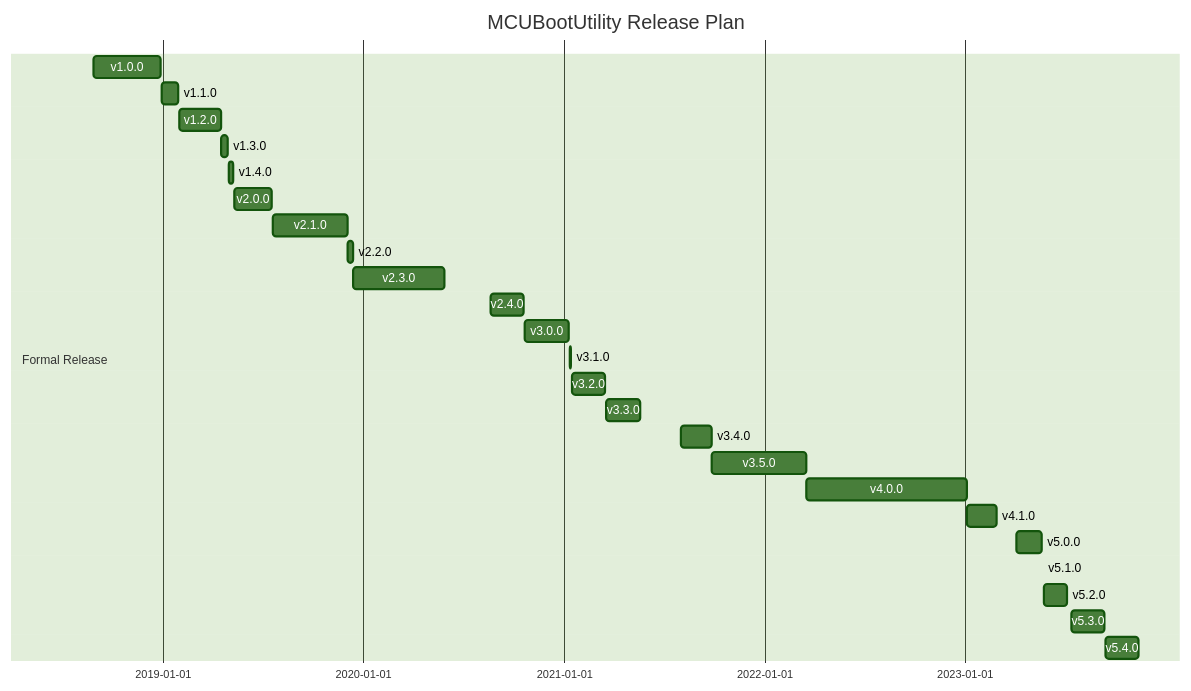
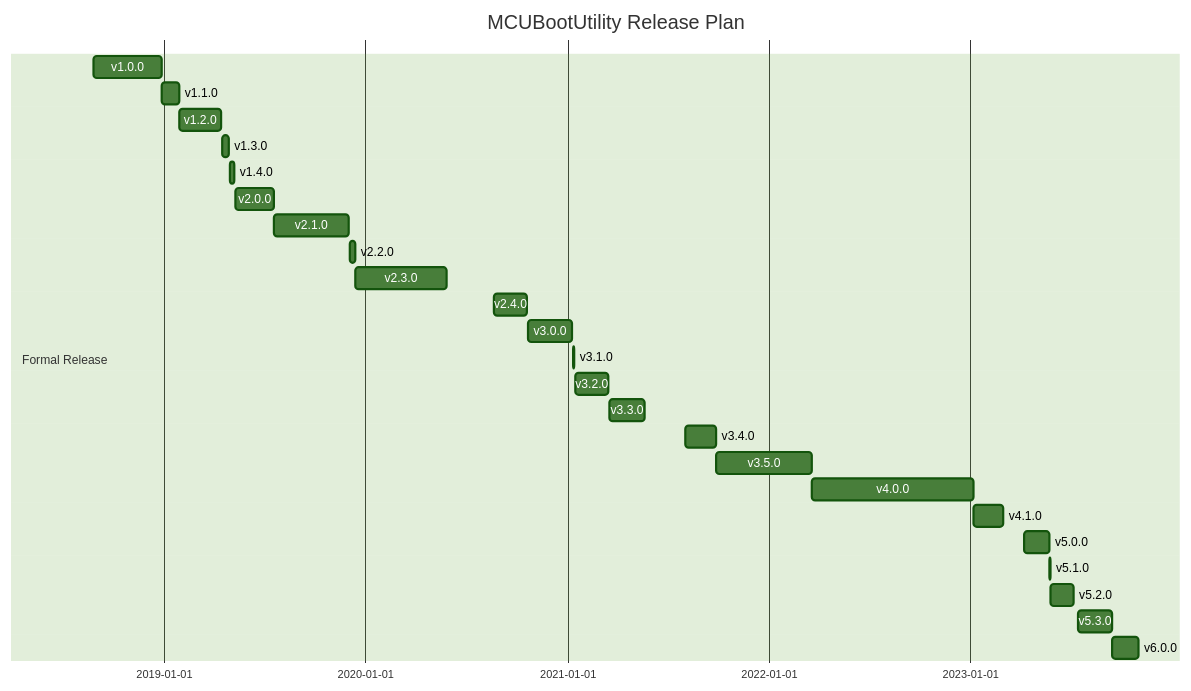
One commit to JayHeng/NXP-MCUBootUtility changed the diagram in README-zh.md. Above: the diagram before and after it, drawn with Mermaid (forest theme). The commit also changed other lines of this file and 88 other files, not shown here.

````diff
--- a/README-zh.md
+++ b/README-zh.md
@@ -1,29 +1,29 @@
 ``` mermaid
 gantt
     title MCUBootUtility Release Plan
     dateFormat  YYYY-MM-DD
     section Formal Release
     v1.0.0           :a1, 2018-08-27, 2018-12-28
     v1.1.0           :a2, 2018-12-29, 2019-01-29
     v1.2.0           :a3, 2019-01-30, 2019-04-16
     v1.3.0           :a4, 2019-04-17, 2019-04-29
     v1.4.0           :a5, 2019-04-30, 2019-05-09
     v2.0.0           :a6, 2019-05-10, 2019-07-19
     v2.1.0           :a7, 2019-07-20, 2019-12-03
     v2.2.0           :a8, 2019-12-04, 2019-12-13
     v2.3.0           :a9, 2019-12-14, 2020-05-28
     v2.4.0           :a10, 2020-08-20, 2020-10-20
     v3.0.0           :a11, 2020-10-21, 2021-01-10
     v3.1.0           :a12, 2021-01-11, 2021-01-13
     v3.2.0           :a13, 2021-01-16, 2021-03-17
     v3.3.0           :a14, 2021-03-18, 2021-05-20
     v3.4.0           :a15, 2021-08-03, 2021-09-27
     v3.5.0           :a16, 2021-09-28, 2022-03-19
     v4.0.0           :a17, 2022-03-20, 2023-01-06
     v4.1.0           :a18, 2023-01-07, 2023-03-02
     v5.0.0           :a19, 2023-04-07, 2023-05-23
     v5.1.0           :a20, 2023-05-24, 2023-05-25
     v5.2.0           :a21, 2023-05-26, 2023-07-07
     v5.3.0           :a22, 2023-07-15, 2023-09-14
-    v5.4.0           :a23, 2023-09-15, 2023-11-15
+    v6.0.0           :a23, 2023-09-15, 2023-11-01
 ```
````
